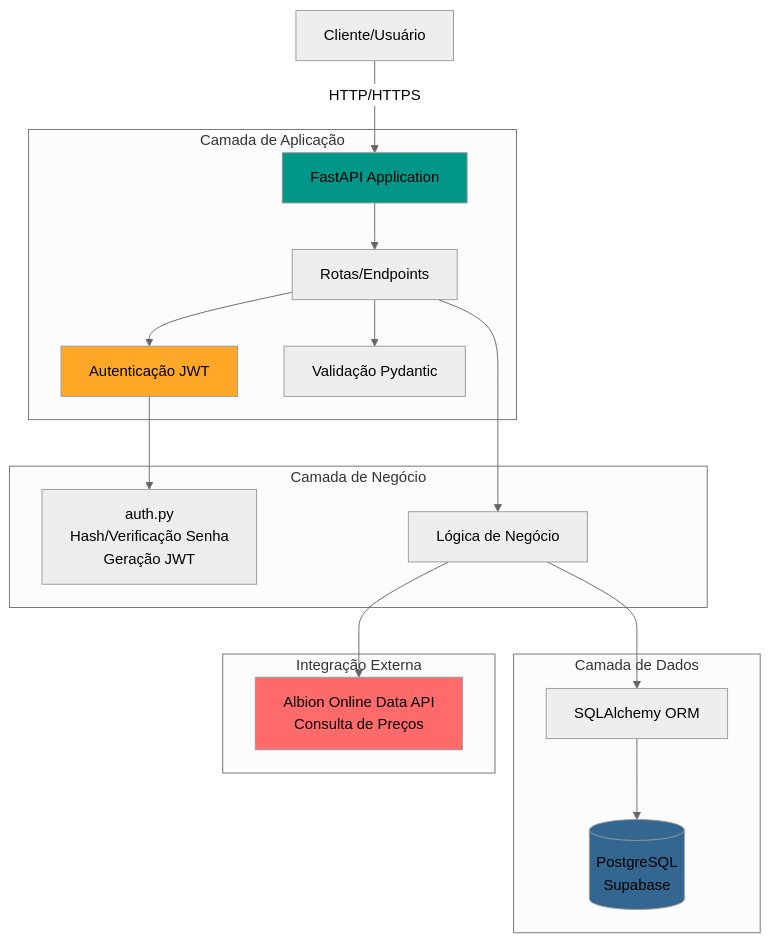
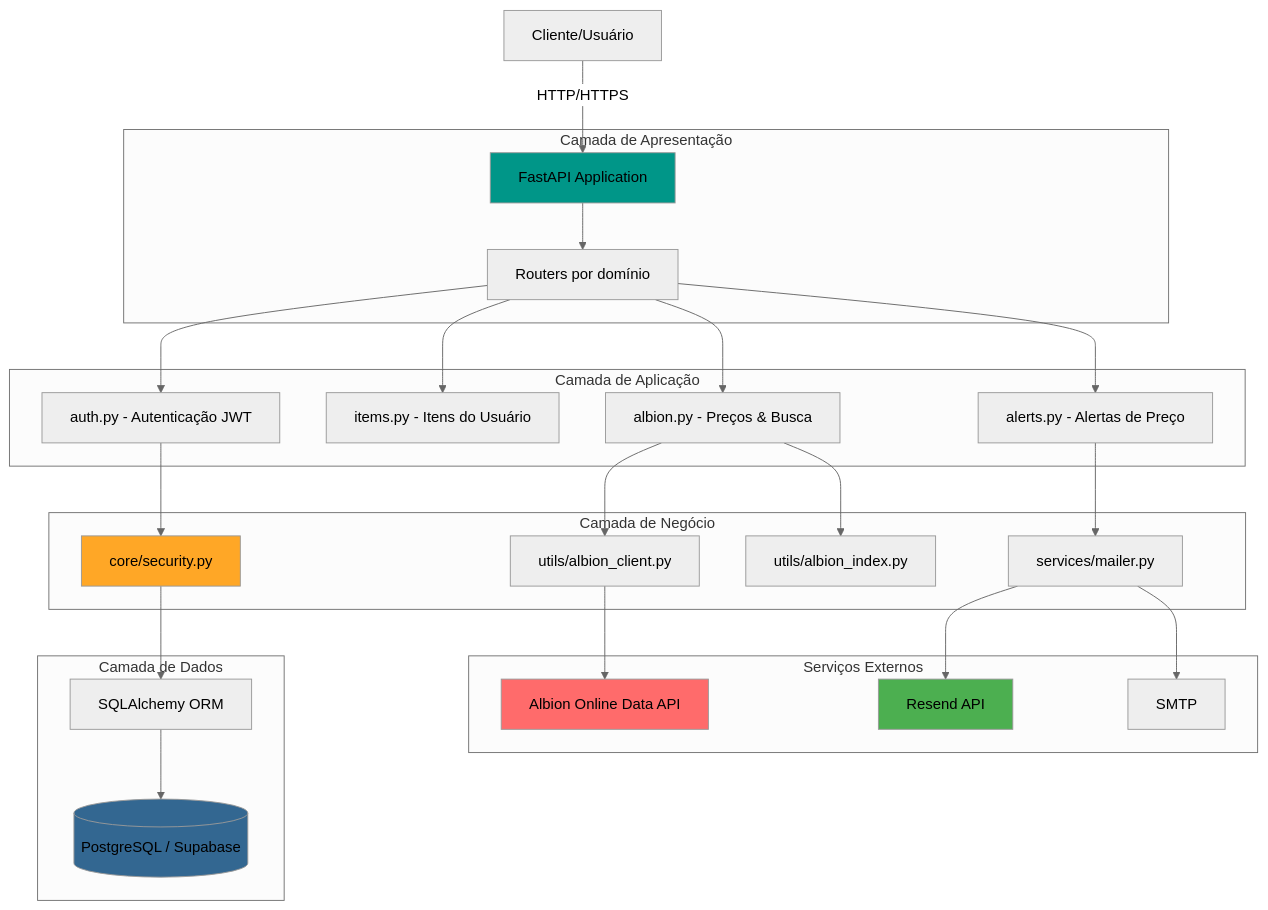
The first of 5 diagrams in README.md (samuca2k18/Market_Albion_Online), drawn with Mermaid (neutral theme) before and after one commit. The commit also changed other lines of this file, not shown here.

````diff
--- a/README.md
+++ b/README.md
@@ -107,29 +161,39 @@
 ```mermaid
 graph TB
     Client[Cliente/Usuário] -->|HTTP/HTTPS| API[FastAPI Application]
-    
+
+    subgraph "Camada de Apresentação"
+        API --> Router[Routers por domínio]
+    end
+
     subgraph "Camada de Aplicação"
-        API --> Router[Rotas/Endpoints]
-        Router --> Auth[Autenticação JWT]
-        Router --> Validation[Validação Pydantic]
+        Router --> Auth[auth.py - Autenticação JWT]
+        Router --> Items[items.py - Itens do Usuário]
+        Router --> Albion[albion.py - Preços & Busca]
+        Router --> Alerts[alerts.py - Alertas de Preço]
     end
-    
+
     subgraph "Camada de Negócio"
-        Auth --> AuthModule[auth.py<br/>Hash/Verificação Senha<br/>Geração JWT]
-        Router --> BusinessLogic[Lógica de Negócio]
+        Auth --> Security[core/security.py]
+        Alerts --> Mailer[services/mailer.py]
+        Albion --> AlbionClient[utils/albion_client.py]
+        Albion --> AlbionIndex[utils/albion_index.py]
     end
-    
+
     subgraph "Camada de Dados"
-        BusinessLogic --> ORM[SQLAlchemy ORM]
-        ORM --> DB[(PostgreSQL<br/>Supabase)]
+        Security --> ORM[SQLAlchemy ORM]
+        ORM --> DB[(PostgreSQL / Supabase)]
     end
-    
-    subgraph "Integração Externa"
-        BusinessLogic --> AlbionAPI[Albion Online Data API<br/>Consulta de Preços]
+
+    subgraph "Serviços Externos"
+        AlbionClient --> AlbionAPI[Albion Online Data API]
+        Mailer --> Resend[Resend API]
+        Mailer --> SMTP[SMTP]
     end
-    
+
     style API fill:#009688
     style DB fill:#336791
     style AlbionAPI fill:#FF6B6B
-    style Auth fill:#FFA726
+    style Security fill:#FFA726
+    style Resend fill:#4CAF50
 ```
````
